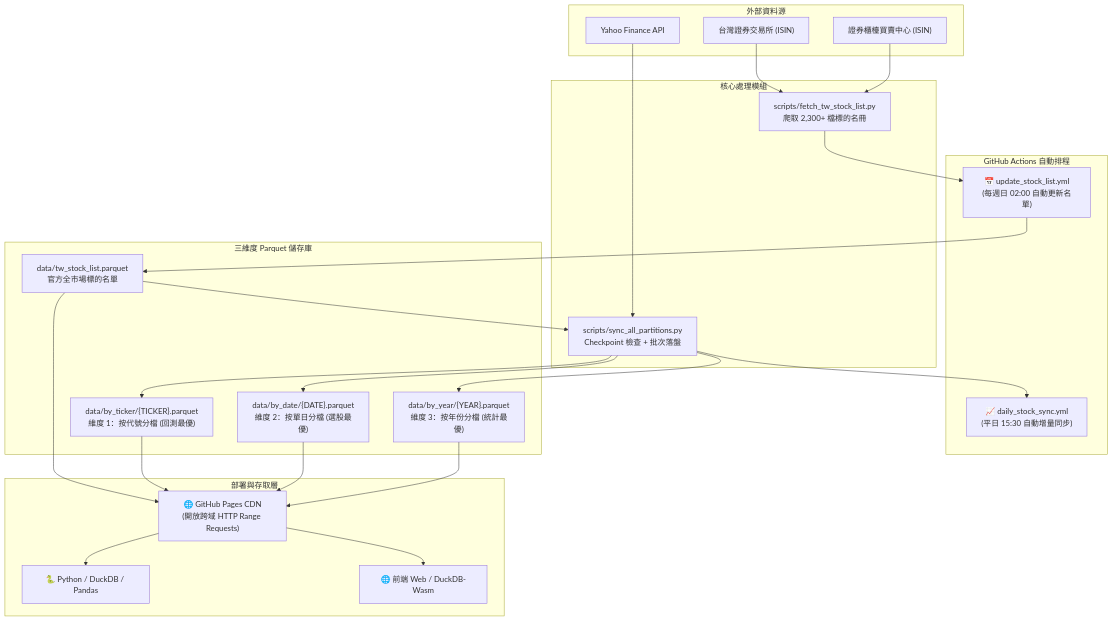
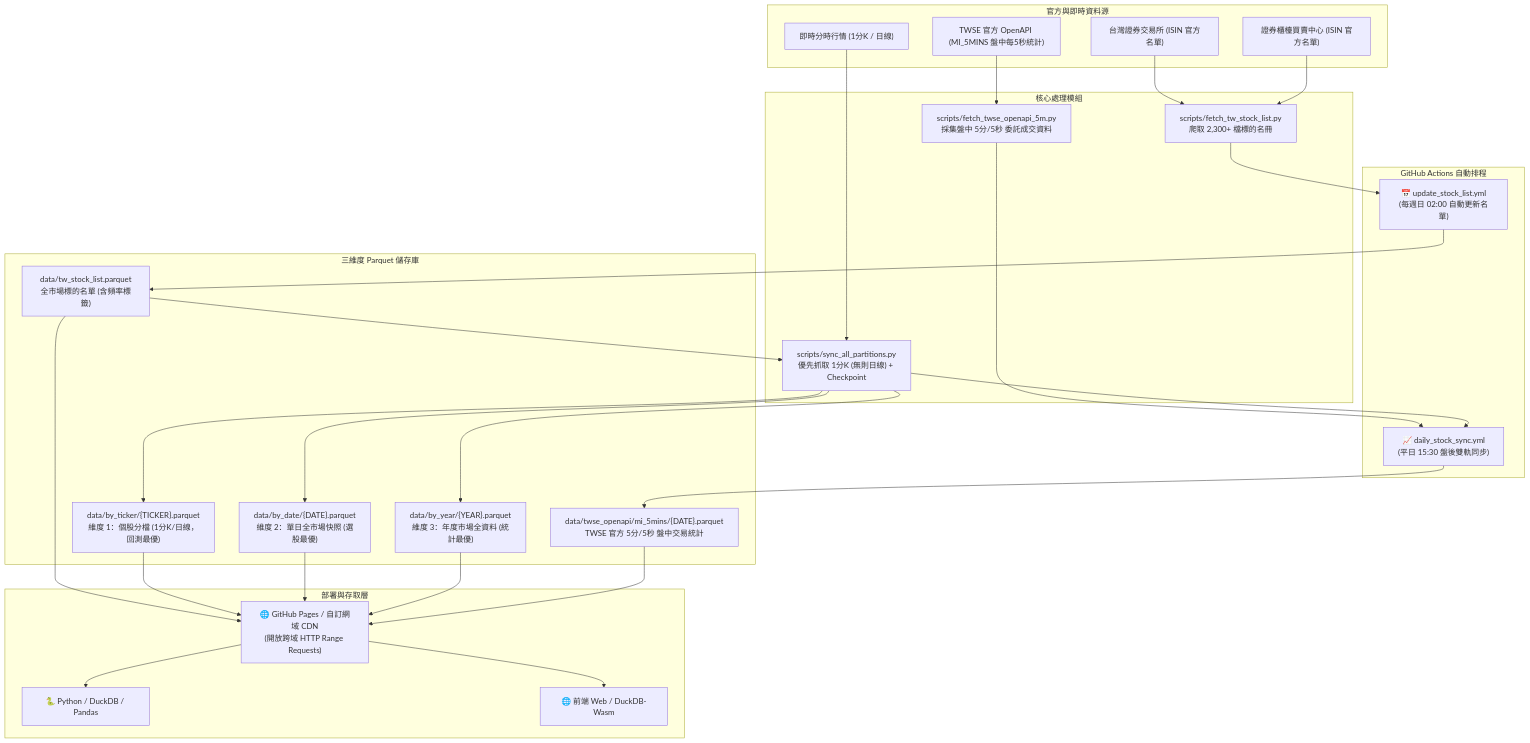
The diagram in README.md (BlackBoxOP/tw_stock), drawn with Mermaid before and after one commit. The commit also changed other lines of this file and 17 other files, not shown here.

Commit message:
Feat: prioritize 1-minute K-line sync with 1d fallback, TWSE OpenAPI intraday stats, and custom domain documentation

````diff
--- a/README.md
+++ b/README.md
@@ -26,38 +27,41 @@
 ```mermaid
 flowchart TD
-    subgraph 外部資料源
-        TWSE["台灣證券交易所 (ISIN)"]
-        TPEX["證券櫃檯買賣中心 (ISIN)"]
-        YF["Yahoo Finance API"]
+    subgraph 官方與即時資料源
+        TWSE["台灣證券交易所 (ISIN 官方名單)"]
+        TPEX["證券櫃檯買賣中心 (ISIN 官方名單)"]
+        YF["即時分時行情 (1分K / 日線)"]
+        OPENAPI["TWSE 官方 OpenAPI (MI_5MINS 盤中每5秒統計)"]
     end
 
     subgraph GitHub Actions 自動排程
         W1["📅 update_stock_list.yml<br/>(每週日 02:00 自動更新名單)"]
-        W2["📈 daily_stock_sync.yml<br/>(平日 15:30 自動增量同步)"]
+        W2["📈 daily_stock_sync.yml<br/>(平日 15:30 盤後雙軌同步)"]
     end
 
     subgraph 核心處理模組
         F1["scripts/fetch_tw_stock_list.py<br/>爬取 2,300+ 檔標的名冊"]
-        F2["scripts/sync_all_partitions.py<br/>Checkpoint 檢查 + 批次落盤"]
+        F2["scripts/fetch_twse_openapi_5m.py<br/>採集盤中 5分/5秒 委託成交資料"]
+        F3["scripts/sync_all_partitions.py<br/>優先抓取 1分K (無則日線) + Checkpoint"]
     end
 
     subgraph 三維度 Parquet 儲存庫
-        P0["data/tw_stock_list.parquet<br/>官方全市場標的名單"]
-        P1["data/by_ticker/{TICKER}.parquet<br/>維度 1：按代號分檔 (回測最優)"]
-        P2["data/by_date/{DATE}.parquet<br/>維度 2：按單日分檔 (選股最優)"]
-        P3["data/by_year/{YEAR}.parquet<br/>維度 3：按年份分檔 (統計最優)"]
+        P0["data/tw_stock_list.parquet<br/>全市場標的名單 (含頻率標籤)"]
+        P1["data/by_ticker/{TICKER}.parquet<br/>維度 1：個股分檔 (1分K/日線，回測最優)"]
+        P2["data/by_date/{DATE}.parquet<br/>維度 2：單日全市場快照 (選股最優)"]
+        P3["data/by_year/{YEAR}.parquet<br/>維度 3：年度市場全資料 (統計最優)"]
+        P4["data/twse_openapi/mi_5mins/{DATE}.parquet<br/>TWSE 官方 5分/5秒 盤中交易統計"]
     end
 
     subgraph 部署與存取層
-        GP["🌐 GitHub Pages CDN<br/>(開放跨域 HTTP Range Requests)"]
+        GP["🌐 GitHub Pages / 自訂網域 CDN<br/>(開放跨域 HTTP Range Requests)"]
         D1["🐍 Python / DuckDB / Pandas"]
         D2["🌐 前端 Web / DuckDB-Wasm"]
     end
 
     TWSE & TPEX --> F1 --> W1 --> P0
-    P0 --> F2
-    YF --> F2 --> W2
-    F2 --> P1 & P2 & P3
-    P0 & P1 & P2 & P3 --> GP
+    OPENAPI --> F2 --> W2 --> P4
+    P0 & YF --> F3 --> W2
+    F3 --> P1 & P2 & P3
+    P0 & P1 & P2 & P3 & P4 --> GP
     GP --> D1 & D2
 ```
````
